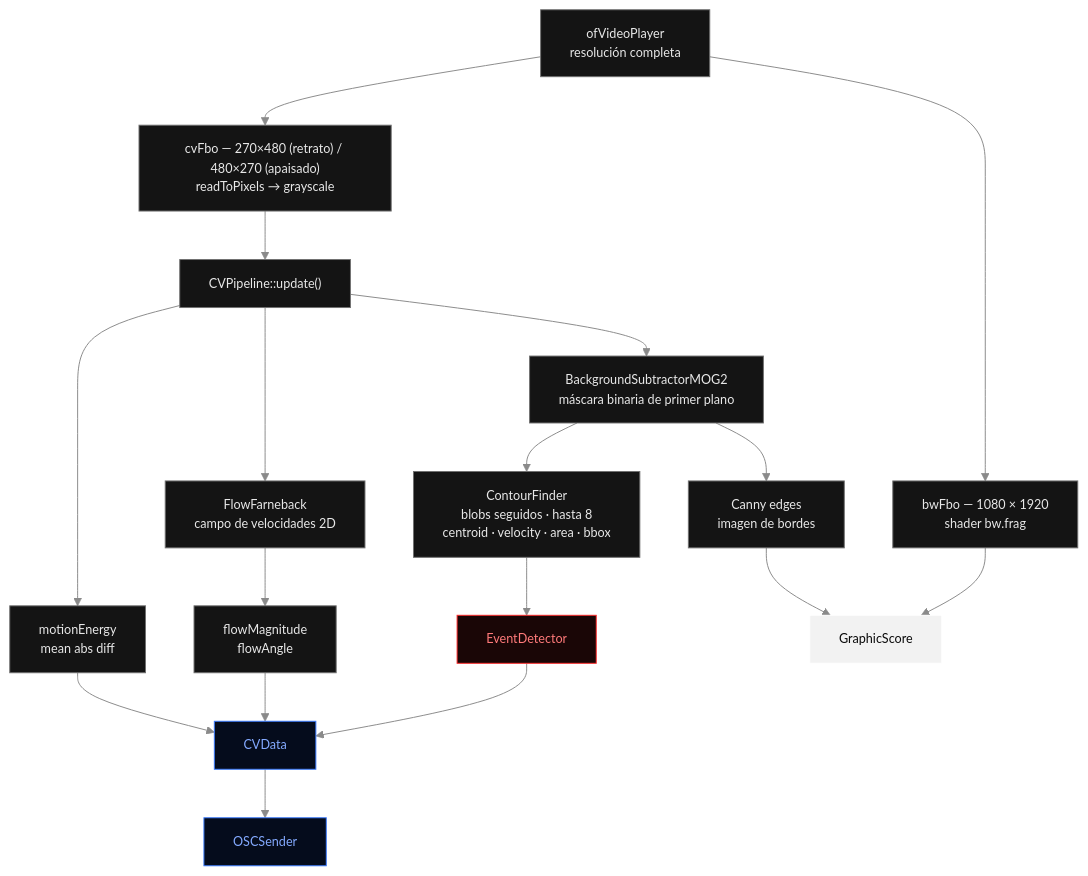
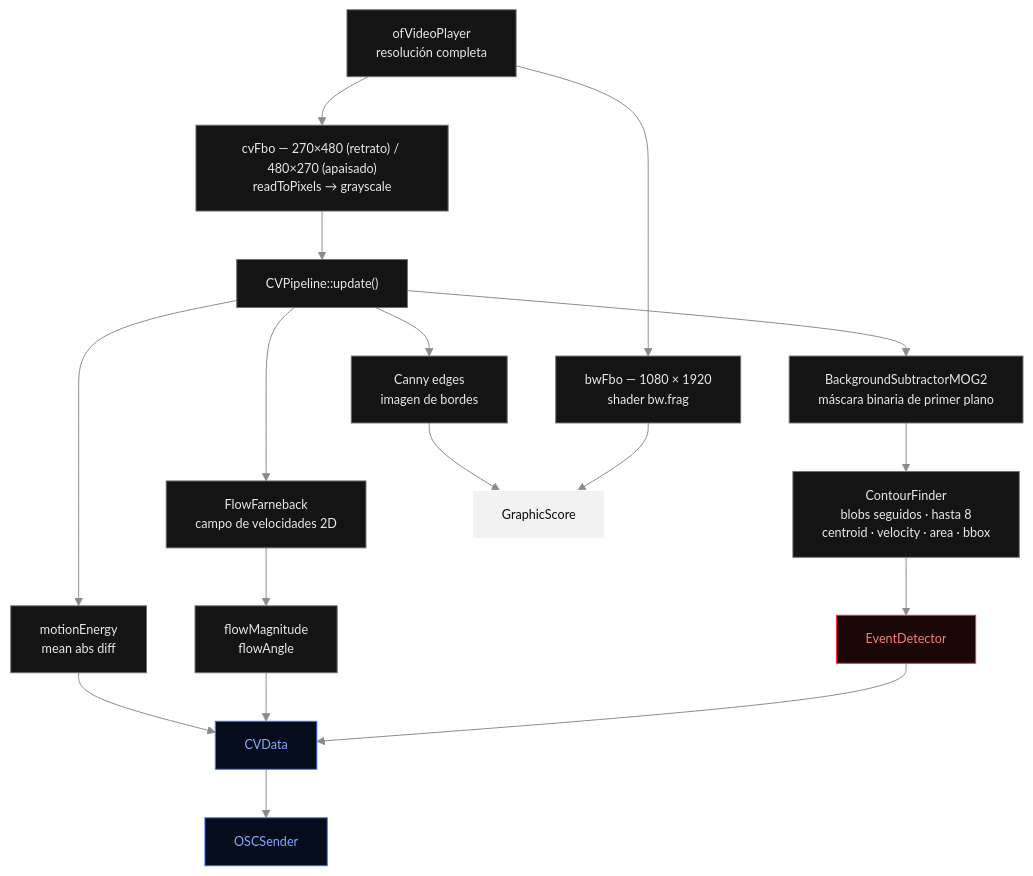
One commit to Lessnullvoid/Partitura_del_Juego changed the third of 8 diagrams in README.md. Above: the diagram before and after it, drawn with Mermaid. The commit also changed other lines of this file and 4 other files, not shown here.

````diff
--- a/README.md
+++ b/README.md
@@ -81,42 +110,42 @@
 ```mermaid
 %%{init: {"theme":"base","themeVariables":{"fontFamily":"ui-monospace, SFMono-Regular, Menlo, monospace","fontSize":"13px","primaryColor":"#141414","primaryTextColor":"#e8e8e8","primaryBorderColor":"#707070","lineColor":"#8a8a8a","clusterBkg":"#0d0d0d","clusterBorder":"#3d3d3d","titleColor":"#e8e8e8","edgeLabelBackground":"#1a1a1a"}}}%%
 flowchart TB
     VP["ofVideoPlayer<br/>resolución completa"]
     BWF["bwFbo — 1080 × 1920<br/>shader bw.frag"]
     CVF["cvFbo — 270×480 (retrato) / 480×270 (apaisado)<br/>readToPixels → grayscale"]
     UPD["CVPipeline::update()"]
 
     MOG["BackgroundSubtractorMOG2<br/>máscara binaria de primer plano"]
     FLOW["FlowFarneback<br/>campo de velocidades 2D"]
     CF["ContourFinder<br/>blobs seguidos · hasta 8<br/>centroid · velocity · area · bbox"]
     CANNY["Canny edges<br/>imagen de bordes"]
     FM["flowMagnitude<br/>flowAngle"]
     ME["motionEnergy<br/>mean abs diff"]
 
     ED["EventDetector"]
     CVD["CVData"]
     GS["GraphicScore"]
     OSC["OSCSender"]
 
     VP --> BWF --> GS
     VP --> CVF --> UPD
     UPD --> MOG
     UPD --> FLOW
     UPD --> ME
     MOG --> CF
-    MOG --> CANNY
+    UPD --> CANNY
     FLOW --> FM
     CF --> ED
     CANNY --> GS
     ED --> CVD
     FM --> CVD
     ME --> CVD
     CVD --> OSC
 
     classDef out fill:#f2f2f2,stroke:#ffffff,color:#0a0a0a
     classDef ev fill:#1a0606,stroke:#ff2b2b,color:#ff7a7a
     classDef osc fill:#050c1c,stroke:#3a7bff,color:#84aaff
     class GS out
     class ED ev
     class CVD,OSC osc
 ```
````
